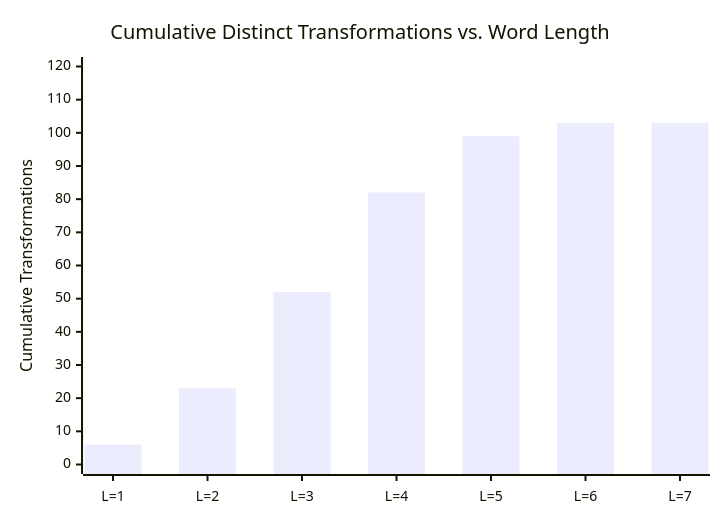
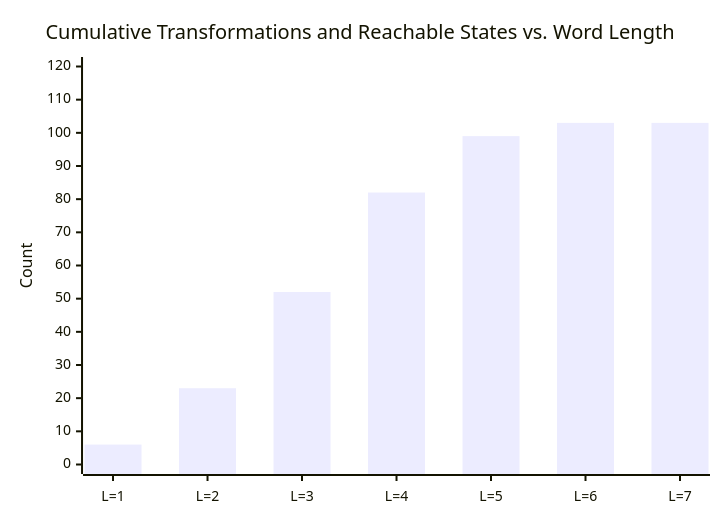
Before and after one commit to NB11B/UoW-v3: the first of 2 diagrams in docs/JEV_SEMIGROUP_ENUMERATION_EXPERIMENT.md, drawn with Mermaid. The commit also changed other lines of this file and 3 other files, not shown here.

````diff
--- a/docs/JEV_SEMIGROUP_ENUMERATION_EXPERIMENT.md
+++ b/docs/JEV_SEMIGROUP_ENUMERATION_EXPERIMENT.md
@@ -67,7 +76,7 @@
 ```mermaid
 xychart-beta
-    title "Cumulative Distinct Transformations vs. Word Length"
+    title "Cumulative Transformations and Reachable States vs. Word Length"
     x-axis ["L=1", "L=2", "L=3", "L=4", "L=5", "L=6", "L=7"]
-    y-axis "Cumulative Transformations" 0 --> 120
+    y-axis "Count" 0 --> 120
     bar [6, 23, 52, 82, 99, 103, 103]
 ```
````
